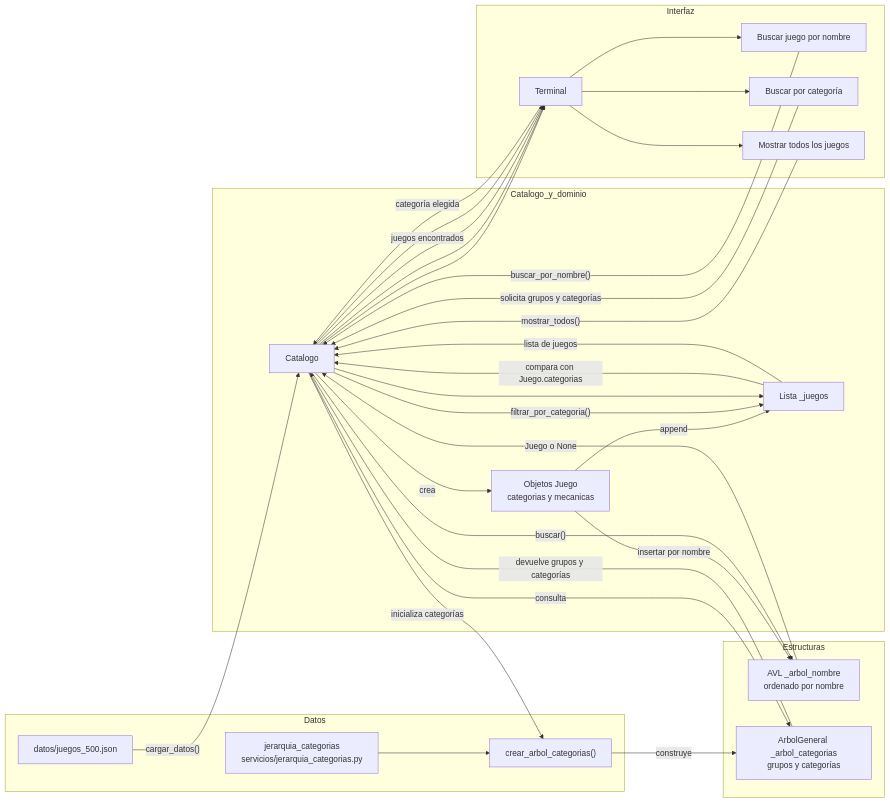
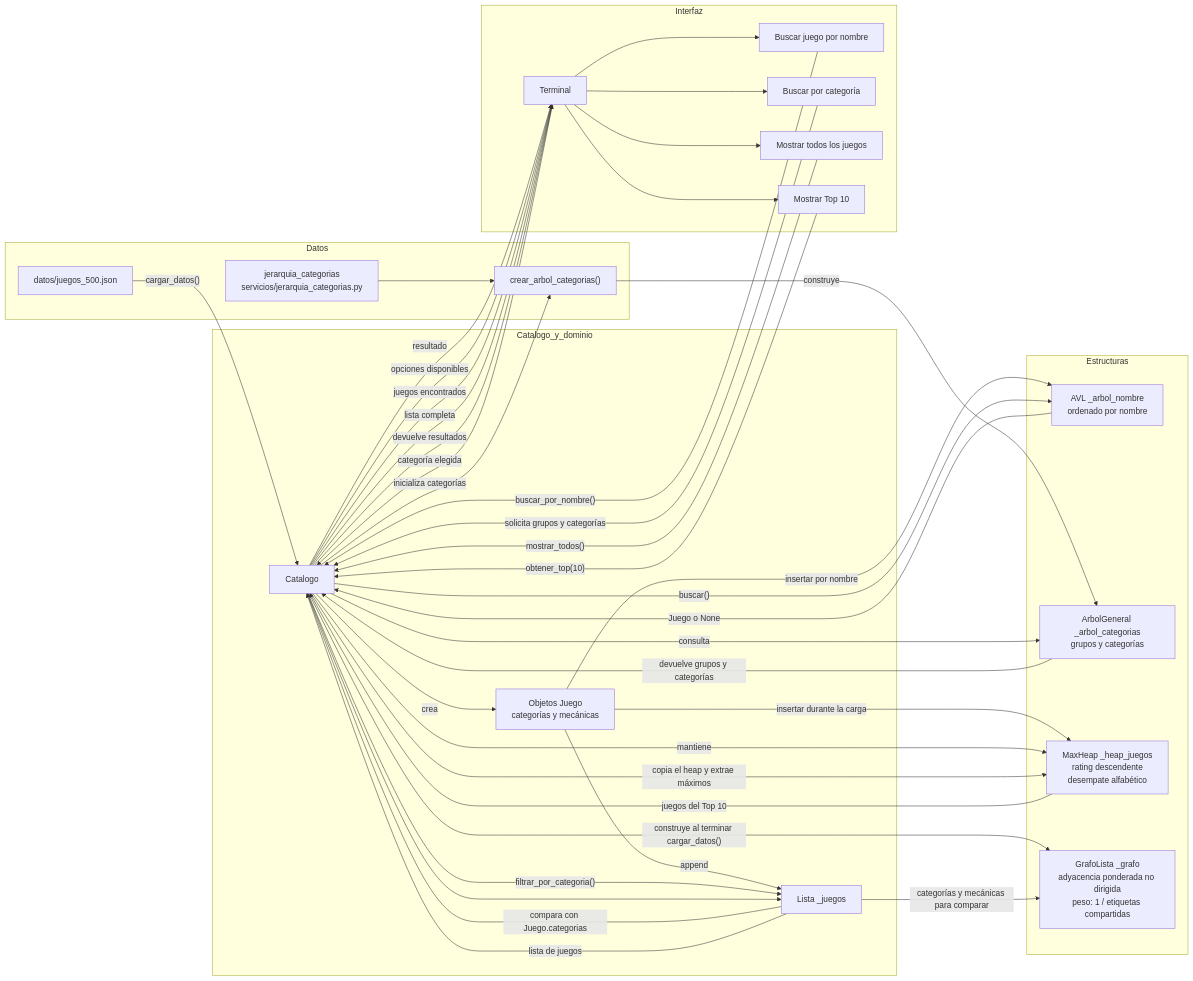
One commit to jonihauff/Matesydados changed the diagram in docs/04-diagrama-datos.md. Above: the diagram before and after it, drawn with Mermaid. The commit also changed other lines of this file and 4 other files, not shown here.

````diff
--- a/docs/04-diagrama-datos.md
+++ b/docs/04-diagrama-datos.md
@@ -5,57 +5,72 @@
 ```mermaid
 flowchart LR
     subgraph Datos
         JSON["datos/juegos_500.json"]
         JER["jerarquia_categorias<br/>servicios/jerarquia_categorias.py"]
         FACTORY["crear_arbol_categorias()"]
     end
 
     subgraph Catalogo_y_dominio
         CAT["Catalogo"]
-        JUEGO["Objetos Juego<br/>categorias y mecanicas"]
+        JUEGO["Objetos Juego<br/>categorías y mecánicas"]
         LISTA["Lista _juegos"]
     end
 
     subgraph Estructuras
         AVL["AVL _arbol_nombre<br/>ordenado por nombre"]
         ARBOL["ArbolGeneral _arbol_categorias<br/>grupos y categorías"]
+        HEAP["MaxHeap _heap_juegos<br/>rating descendente<br/>desempate alfabético"]
+        GRAFO["GrafoLista _grafo<br/>adyacencia ponderada no dirigida<br/>peso: 1 / etiquetas compartidas"]
     end
 
     subgraph Interfaz
         TERMINAL["Terminal"]
         BUSCAR["Buscar juego por nombre"]
         CATEGORIAS["Buscar por categoría"]
         TODOS["Mostrar todos los juegos"]
+        TOP["Mostrar Top 10"]
     end
 
     JSON -->|"cargar_datos()"| CAT
     CAT -->|"crea"| JUEGO
     JUEGO -->|"append"| LISTA
     JUEGO -->|"insertar por nombre"| AVL
+    JUEGO -->|"insertar durante la carga"| HEAP
 
     JER --> FACTORY
     CAT -->|"inicializa categorías"| FACTORY
     FACTORY -->|"construye"| ARBOL
 
+    CAT -->|"mantiene"| HEAP
+    CAT -->|"construye al terminar cargar_datos()"| GRAFO
+    LISTA -->|"categorías y mecánicas para comparar"| GRAFO
+
     TERMINAL --> BUSCAR
     BUSCAR -->|"buscar_por_nombre()"| CAT
     CAT -->|"buscar()"| AVL
     AVL -->|"Juego o None"| CAT
-    CAT --> TERMINAL
+    CAT -->|"resultado"| TERMINAL
 
     TERMINAL --> CATEGORIAS
     CATEGORIAS -->|"solicita grupos y categorías"| CAT
     CAT -->|"consulta"| ARBOL
     ARBOL -->|"devuelve grupos y categorías"| CAT
-    CAT --> TERMINAL
+    CAT -->|"opciones disponibles"| TERMINAL
     TERMINAL -->|"categoría elegida"| CAT
     CAT -->|"filtrar_por_categoria()"| LISTA
     LISTA -->|"compara con Juego.categorias"| CAT
     CAT -->|"juegos encontrados"| TERMINAL
 
     TERMINAL --> TODOS
     TODOS -->|"mostrar_todos()"| CAT
     CAT --> LISTA
     LISTA -->|"lista de juegos"| CAT
-    CAT --> TERMINAL
+    CAT -->|"lista completa"| TERMINAL
+
+    TERMINAL --> TOP
+    TOP -->|"obtener_top(10)"| CAT
+    CAT -->|"copia el heap y extrae máximos"| HEAP
+    HEAP -->|"juegos del Top 10"| CAT
+    CAT -->|"devuelve resultados"| TERMINAL
+
 ```
````
